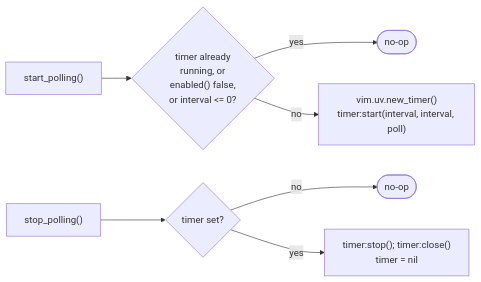
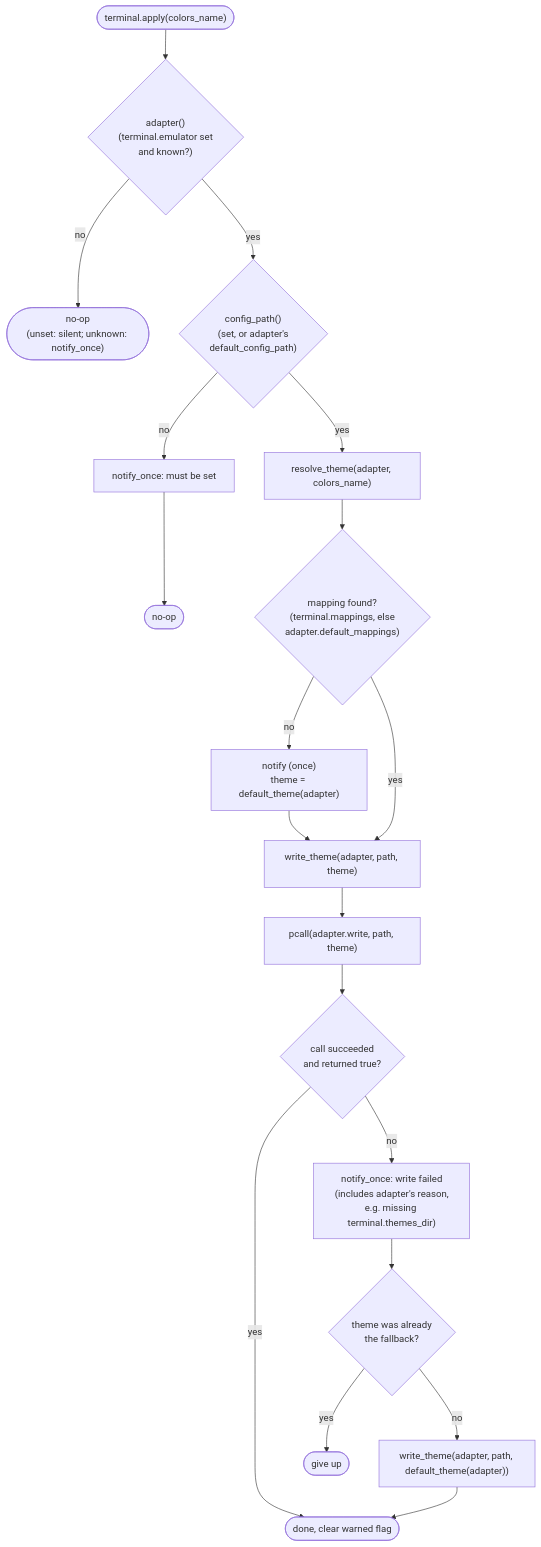
Before and after one commit to jaimeibanezrivera/zj-theme: the seventh of 9 diagrams in ARCHITECTURE.md, drawn with Mermaid. The commit also changed other lines of this file and 18 other files, not shown here.

````diff
--- a/ARCHITECTURE.md
+++ b/ARCHITECTURE.md
@@ -307,10 +203,22 @@
 ```mermaid
-flowchart LR
-    Start["start_polling()"] --> Check{"timer already\nrunning, or\nenabled() false,\nor interval <= 0?"}
-    Check -- yes --> NoOp(["no-op"])
-    Check -- no --> Create["vim.uv.new_timer()\ntimer:start(interval, interval, poll)"]
+flowchart TD
+    Start(["terminal.apply(colors_name)"]) --> Adapter{"adapter()\n(terminal.emulator set\nand known?)"}
+    Adapter -- no --> NoOp1(["no-op\n(unset: silent; unknown: notify_once)"])
+    Adapter -- yes --> ConfigPath{"config_path()\n(set, or adapter's\ndefault_config_path)"}
+    ConfigPath -- no --> Err0["notify_once: must be set"] --> NoOp2(["no-op"])
+    ConfigPath -- yes --> Resolve["resolve_theme(adapter, colors_name)"]
 
-    Stop["stop_polling()"] --> HasTimer{"timer set?"}
-    HasTimer -- no --> NoOp2(["no-op"])
-    HasTimer -- yes --> Close["timer:stop(); timer:close()\ntimer = nil"]
+    Resolve --> Mapped{"mapping found?\n(terminal.mappings, else\nadapter.default_mappings)"}
+    Mapped -- no --> Fallback1["notify (once)\ntheme = default_theme(adapter)"]
+    Mapped -- yes --> WriteTheme
+
+    Fallback1 --> WriteTheme["write_theme(adapter, path, theme)"]
+    WriteTheme --> Call["pcall(adapter.write, path, theme)"]
+    Call --> WriteOk{"call succeeded\nand returned true?"}
+    WriteOk -- yes --> Done(["done, clear warned flag"])
+    WriteOk -- no --> Err["notify_once: write failed\n(includes adapter's reason,\ne.g. missing terminal.themes_dir)"] --> Fail
+
+    Fail{"theme was already\nthe fallback?"}
+    Fail -- yes --> GiveUp(["give up"])
+    Fail -- no --> RetryFallback["write_theme(adapter, path, default_theme(adapter))"] --> Done
 ```
````
